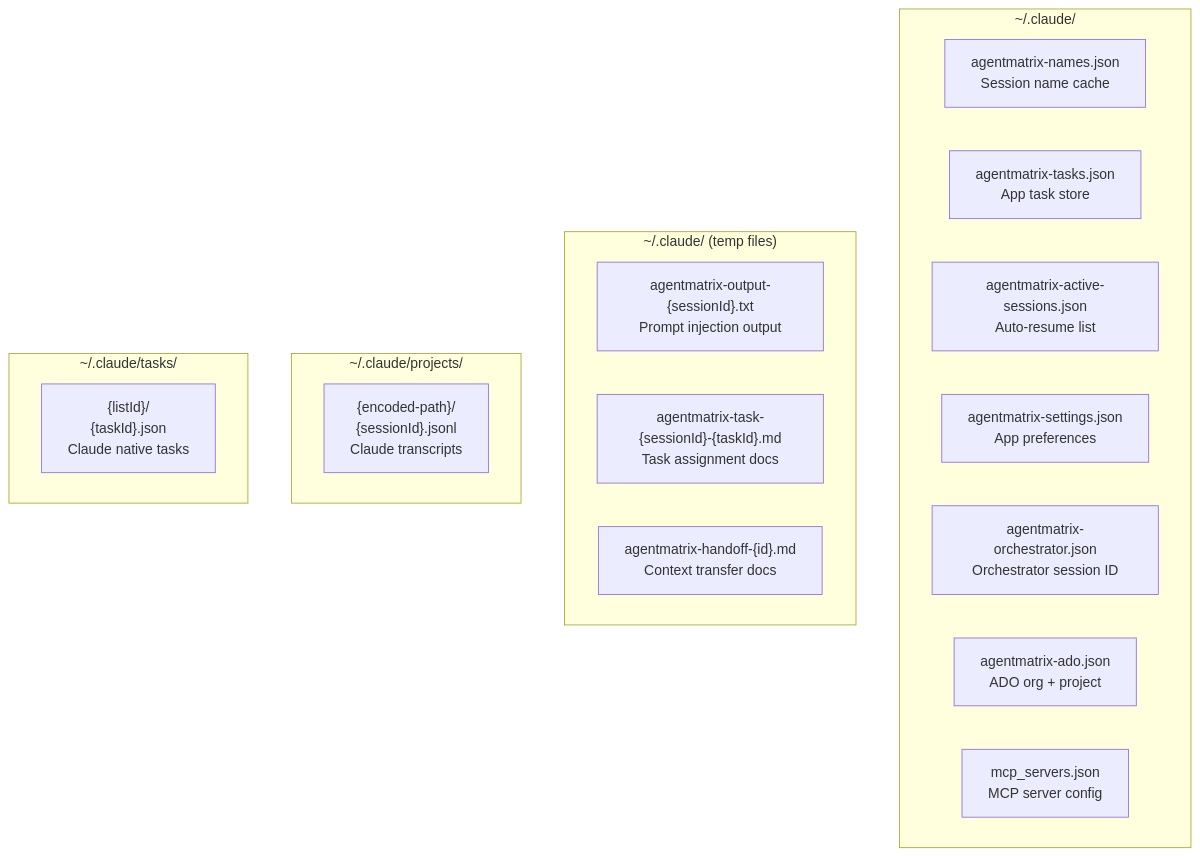
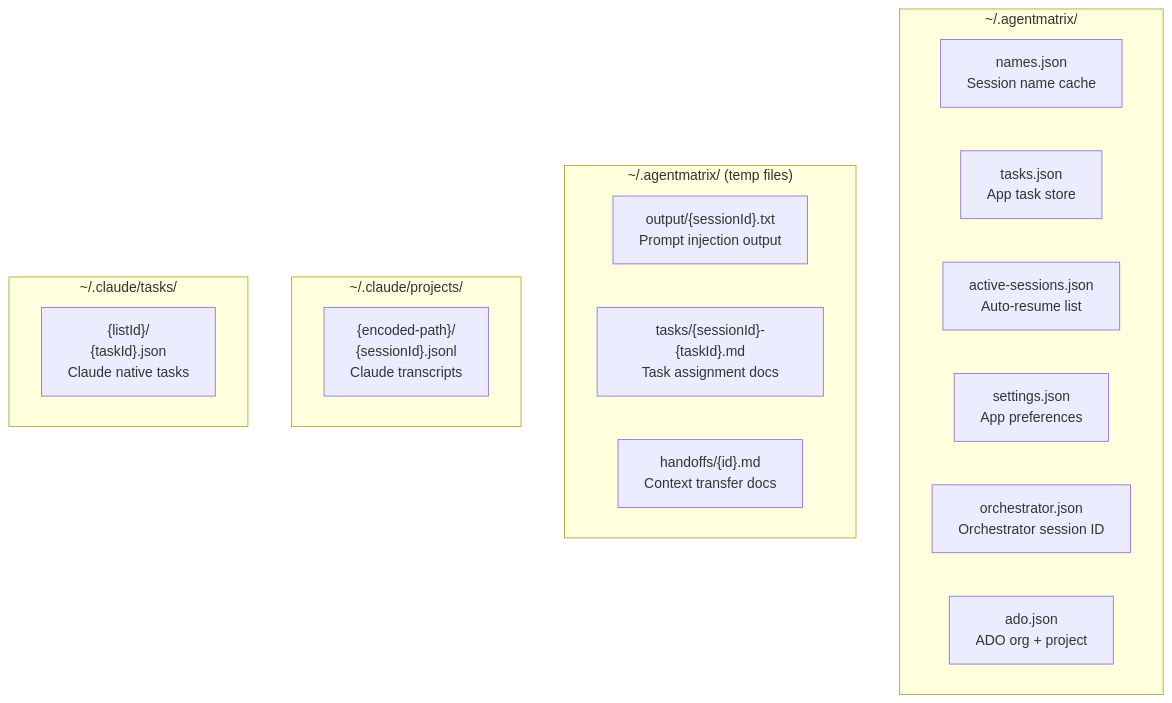
The eighth of 8 diagrams in docs/design/backend-server.md (Nahom-Kefelegne/AgentMatrix), drawn with Mermaid before and after one commit. The commit also changed other lines of this file and 14 other files, not shown here.

````diff
--- a/docs/design/backend-server.md
+++ b/docs/design/backend-server.md
@@ -687,26 +700,25 @@
 ```mermaid
 graph TD
-    subgraph "~/.claude/"
-        A[agentmatrix-names.json<br/>Session name cache]
-        B[agentmatrix-tasks.json<br/>App task store]
-        C[agentmatrix-active-sessions.json<br/>Auto-resume list]
-        D[agentmatrix-settings.json<br/>App preferences]
-        E[agentmatrix-orchestrator.json<br/>Orchestrator session ID]
-        F[agentmatrix-ado.json<br/>ADO org + project]
-        G[mcp_servers.json<br/>MCP server config]
+    subgraph "~/.agentmatrix/"
+        A[names.json<br/>Session name cache]
+        B[tasks.json<br/>App task store]
+        C[active-sessions.json<br/>Auto-resume list]
+        D[settings.json<br/>App preferences]
+        E[orchestrator.json<br/>Orchestrator session ID]
+        F[ado.json<br/>ADO org + project]
     end
 
-    subgraph "~/.claude/ (temp files)"
-        H["agentmatrix-output-{sessionId}.txt<br/>Prompt injection output"]
-        I["agentmatrix-task-{sessionId}-{taskId}.md<br/>Task assignment docs"]
-        J["agentmatrix-handoff-{id}.md<br/>Context transfer docs"]
+    subgraph "~/.agentmatrix/ (temp files)"
+        H["output/{sessionId}.txt<br/>Prompt injection output"]
+        I["tasks/{sessionId}-{taskId}.md<br/>Task assignment docs"]
+        J["handoffs/{id}.md<br/>Context transfer docs"]
     end
 
     subgraph "~/.claude/projects/"
         K["{encoded-path}/<br/>{sessionId}.jsonl<br/>Claude transcripts"]
     end
 
     subgraph "~/.claude/tasks/"
         L["{listId}/<br/>{taskId}.json<br/>Claude native tasks"]
     end
 ```
````
